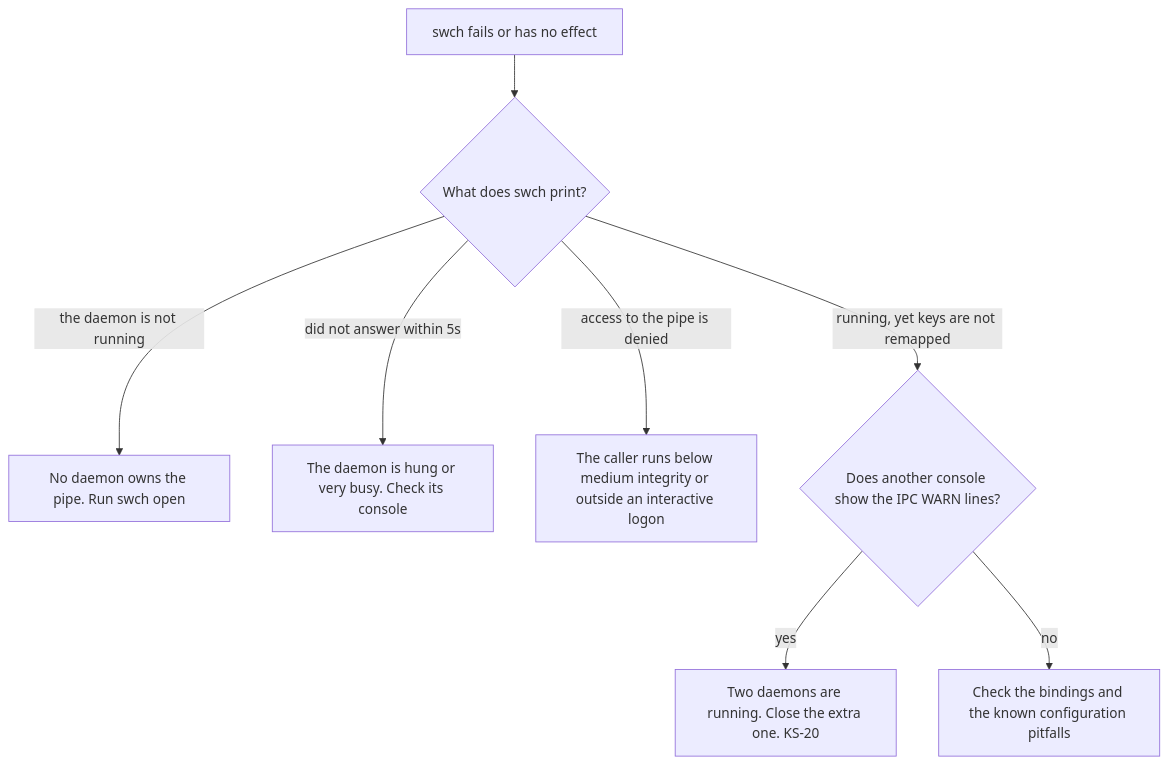
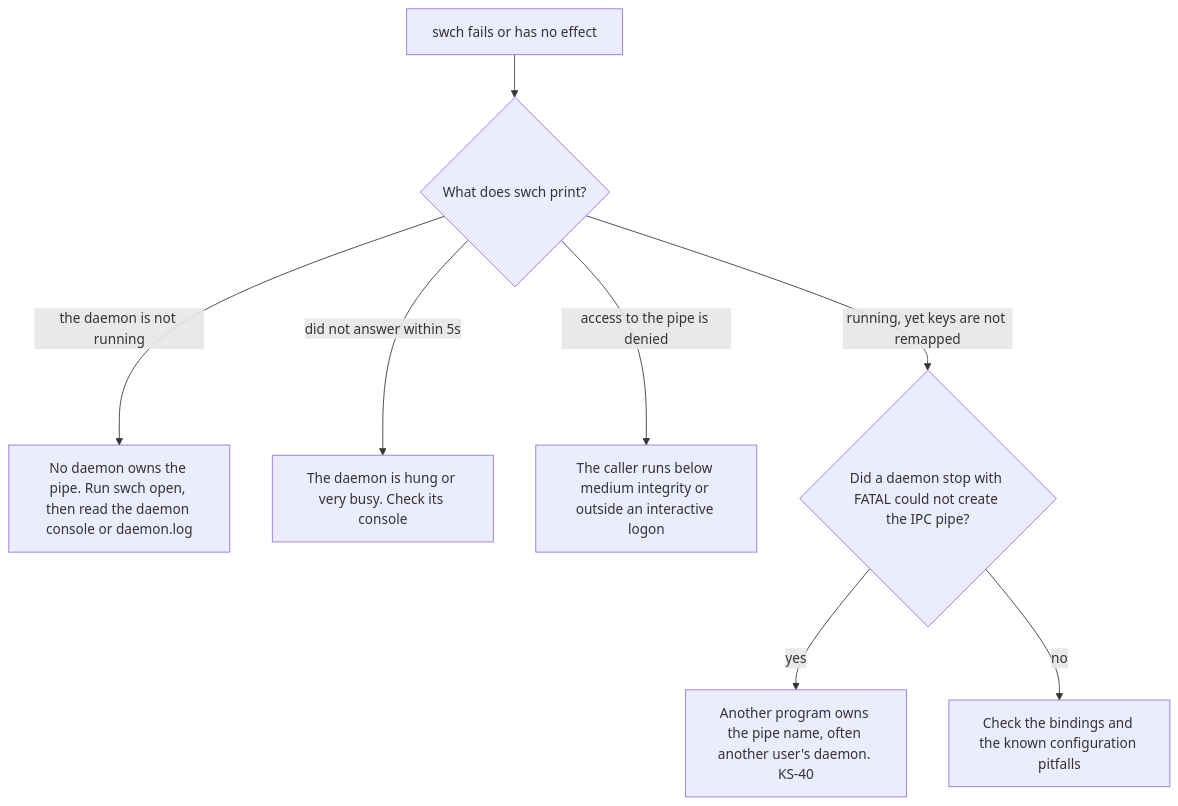
Before and after one commit to bluesteelll/key-switch-rs: the third of 3 diagrams in book/src/build-and-run.md, drawn with Mermaid. The commit also changed other lines of this file and 19 other files, not shown here.

First line of the commit message:
Book: describe master after roadmap Phase 1 (20af28d)

````diff
--- a/book/src/build-and-run.md
+++ b/book/src/build-and-run.md
@@ -424,10 +439,10 @@
 ```mermaid
 flowchart TD
     A["swch fails or has no effect"] --> B{"What does swch print?"}
-    B -->|"the daemon is not running"| D["No daemon owns the pipe. Run swch open"]
+    B -->|"the daemon is not running"| D["No daemon owns the pipe. Run swch open, then read the daemon console or daemon.log"]
     B -->|"did not answer within 5s"| E["The daemon is hung or very busy. Check its console"]
     B -->|"access to the pipe is denied"| F["The caller runs below medium integrity or outside an interactive logon"]
-    B -->|"running, yet keys are not remapped"| G{"Does another console show the IPC WARN lines?"}
-    G -->|yes| H["Two daemons are running. Close the extra one. KS-20"]
+    B -->|"running, yet keys are not remapped"| G{"Did a daemon stop with FATAL could not create the IPC pipe?"}
+    G -->|yes| H["Another program owns the pipe name, often another user's daemon. KS-40"]
     G -->|no| I["Check the bindings and the known configuration pitfalls"]
 ```
````
